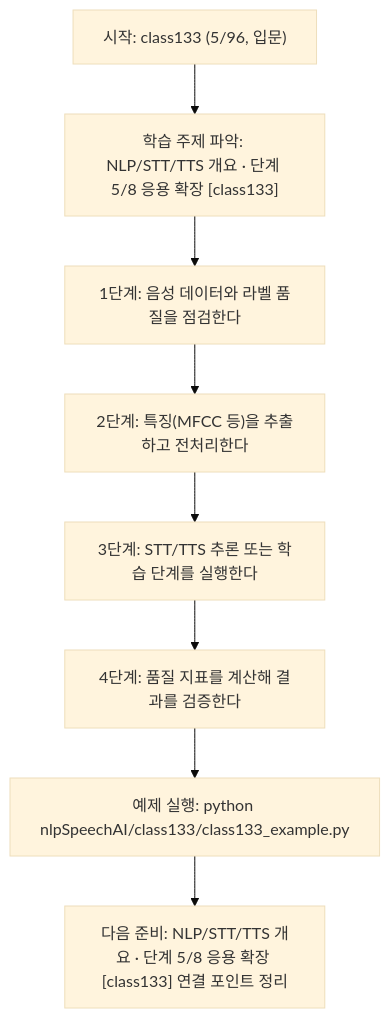
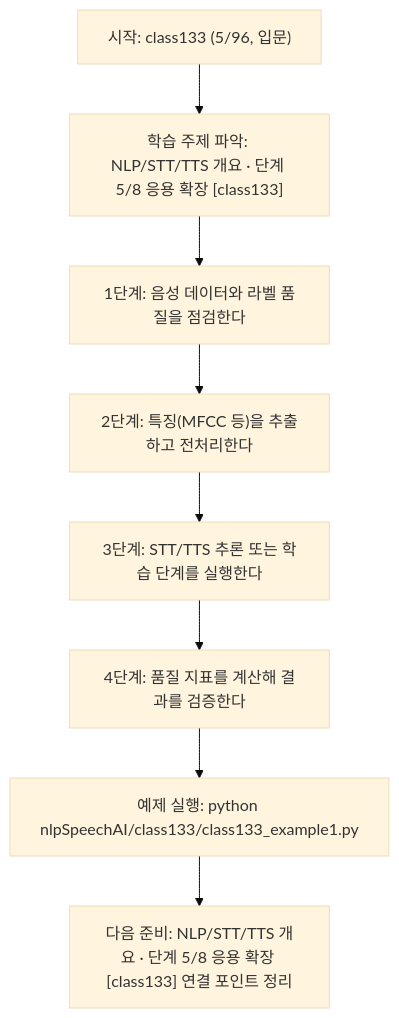
One commit to edumgt/Python-AI_Agent-Class changed the diagram in nlpSpeechAI/class133/class133.md. Above: the diagram before and after it, drawn with Mermaid (base theme). The commit also changed other lines of this file and 2959 other files, not shown here.

````diff
--- a/nlpSpeechAI/class133/class133.md
+++ b/nlpSpeechAI/class133/class133.md
@@ -115,18 +115,18 @@
 ```mermaid
 flowchart TD
 N1["시작: class133 (5/96, 입문)"]
 N2["학습 주제 파악: NLP/STT/TTS 개요 · 단계 5/8 응용 확장 [class133]"]
 N3["1단계: 음성 데이터와 라벨 품질을 점검한다"]
 N4["2단계: 특징(MFCC 등)을 추출하고 전처리한다"]
 N5["3단계: STT/TTS 추론 또는 학습 단계를 실행한다"]
 N6["4단계: 품질 지표를 계산해 결과를 검증한다"]
-N7["예제 실행: python nlpSpeechAI/class133/class133_example.py"]
+N7["예제 실행: python nlpSpeechAI/class133/class133_example1.py"]
 N8["다음 준비: NLP/STT/TTS 개요 · 단계 5/8 응용 확장 [class133] 연결 포인트 정리"]
 N1 --> N2
 N2 --> N3
 N3 --> N4
 N4 --> N5
 N5 --> N6
 N6 --> N7
 N7 --> N8
 ```
````
